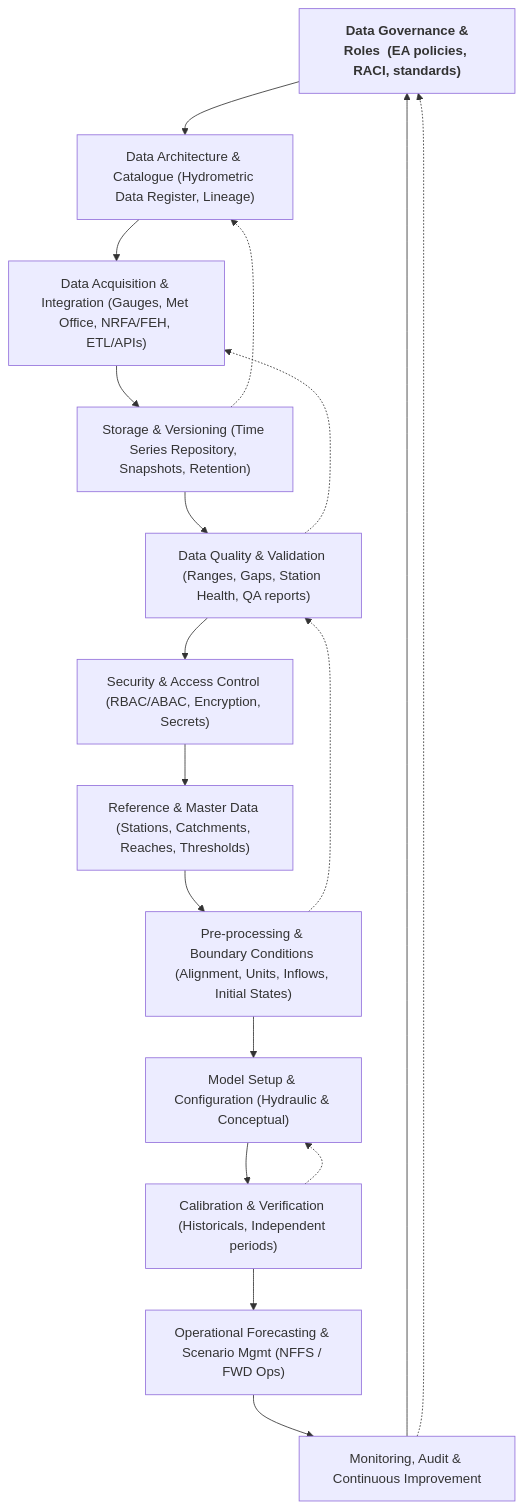
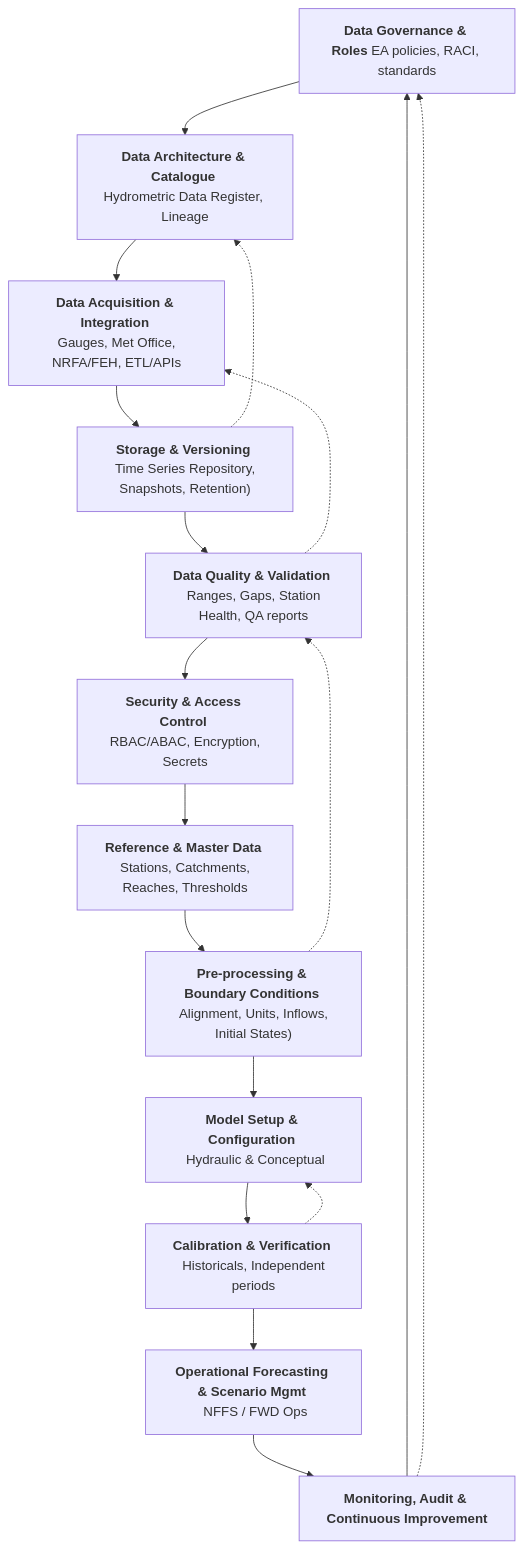
The diagram in governance.md (JonPayneEA/flode), drawn with Mermaid before and after one commit.

Commit message:
Forgot to save, following previous reformatting changes

````diff
--- a/governance.md
+++ b/governance.md
@@ -349,21 +349,21 @@
 ``` mermaid
 flowchart TD
-  A["<b> Data Governance & Roles <b/> (EA policies, RACI, standards)"] --> B["Data Architecture & Catalogue (Hydrometric Data Register, Lineage)"]
-  B --> C["Data Acquisition & Integration (Gauges, Met Office, NRFA/FEH, ETL/APIs)"]
-  C --> D["Storage & Versioning (Time Series Repository, Snapshots, Retention)"]
-  D --> E["Data Quality & Validation (Ranges, Gaps, Station Health, QA reports)"]
-  E --> F["Security & Access Control (RBAC/ABAC, Encryption, Secrets)"]
-  F --> G["Reference & Master Data (Stations, Catchments, Reaches, Thresholds)"]
-  G --> H["Pre-processing & Boundary Conditions (Alignment, Units, Inflows, Initial States)"]
-  H --> I["Model Setup & Configuration (Hydraulic & Conceptual)"]
-  I --> J["Calibration & Verification (Historicals, Independent periods)"]
-  J --> K["Operational Forecasting & Scenario Mgmt (NFFS / FWD Ops)"]
-  K --> L["Monitoring, Audit & Continuous Improvement"]
+  A["<b>Data Governance & Roles</b> EA policies, RACI, standards"] --> B["<b>Data Architecture & Catalogue</b> <br>Hydrometric Data Register, Lineage"]
+  B --> C["<b>Data Acquisition & Integration</b> <br> Gauges, Met Office, NRFA/FEH, ETL/APIs"]
+  C --> D["<b>Storage & Versioning</b> <br> Time Series Repository, Snapshots, Retention)"]
+  D --> E["<b>Data Quality & Validation</b> <br> Ranges, Gaps, Station Health, QA reports"]
+  E --> F["<b>Security & Access Control</b> <br> RBAC/ABAC, Encryption, Secrets"]
+  F --> G["<b>Reference & Master Data</b> <br> Stations, Catchments, Reaches, Thresholds"]
+  G --> H["<b>Pre-processing & Boundary Conditions</b> <br> Alignment, Units, Inflows, Initial States)"]
+  H --> I["<b>Model Setup & Configuration</b> <br> Hydraulic & Conceptual"]
+  I --> J["<b>Calibration & Verification</b> <br> Historicals, Independent periods"]
+  J --> K["<b>Operational Forecasting & Scenario Mgmt</b> <br> NFFS / FWD Ops"]
+  K --> L["<b>Monitoring, Audit & Continuous Improvement</b>"]
   L --> A
   %% Feedback loops
   E -.-> C
   D -.-> B
   H -.-> E
   J -.-> I
   L -.-> A
 ```
````
